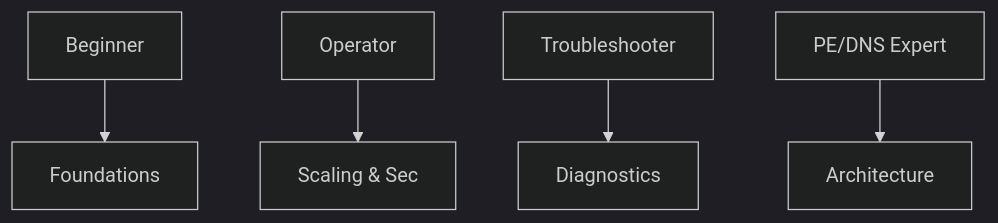
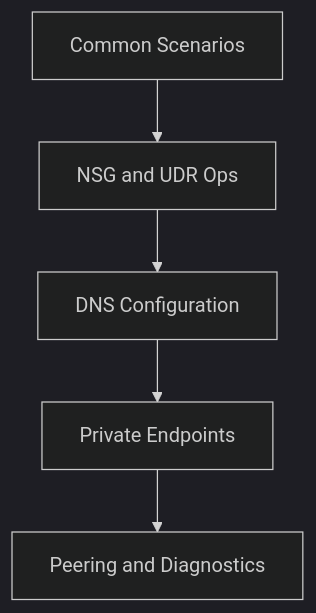
The third of 5 diagrams in docs/start-here/learning-paths.md (yeongseon/azure-networking-practical-guide), drawn with Mermaid (dark theme) before and after one commit. The commit also changed other lines of this file, not shown here.

````diff
--- a/docs/start-here/learning-paths.md
+++ b/docs/start-here/learning-paths.md
@@ -29,7 +118,7 @@
 ```mermaid
-graph TD
-    B[Beginner] --> F[Foundations]
-    O[Operator] --> S[Scaling & Sec]
-    T[Troubleshooter] --> D[Diagnostics]
-    P[PE/DNS Expert] --> A[Architecture]
+flowchart TD
+    A[Common Scenarios] --> B[NSG and UDR Ops]
+    B --> C[DNS Configuration]
+    C --> D[Private Endpoints]
+    D --> E[Peering and Diagnostics]
 ```
````
